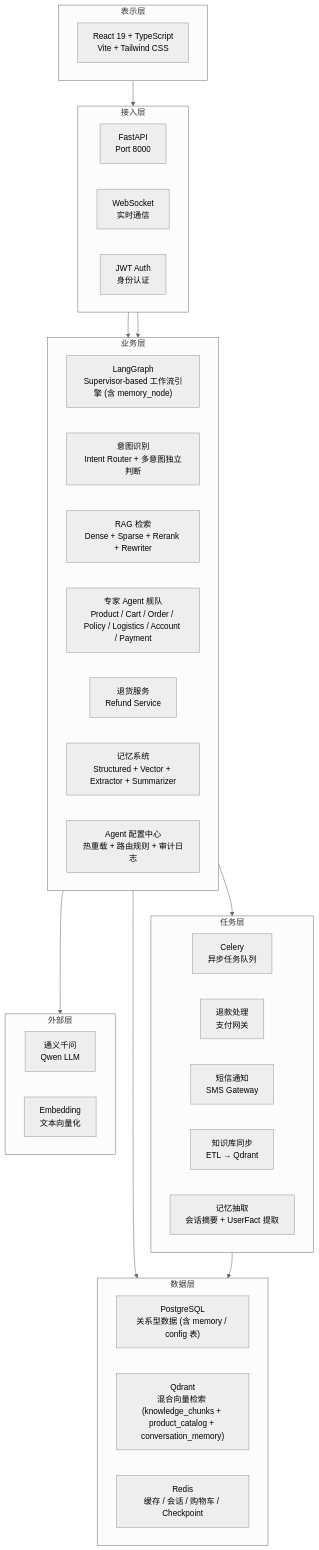
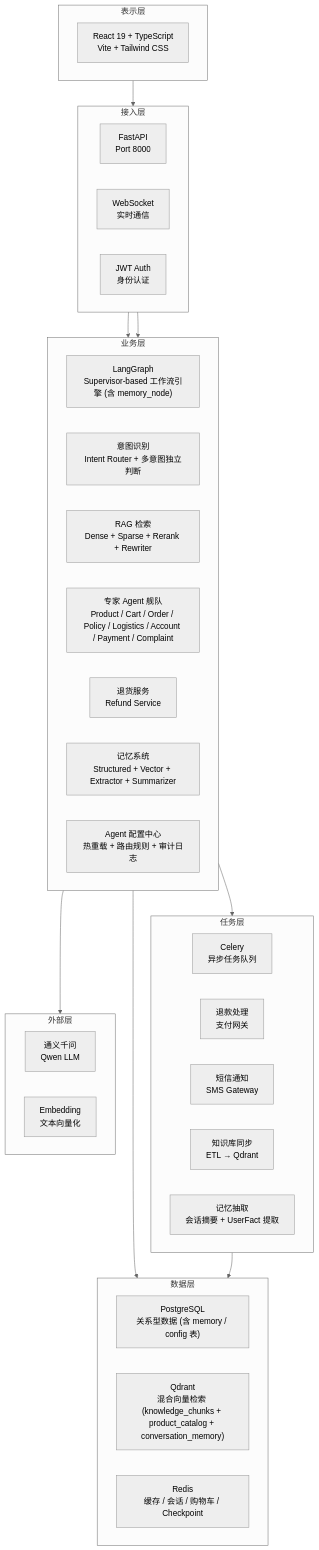
Diagram 13 of 14 in architecture.md (Mr-ZeLong/E-commerce-Smart-Agent), drawn with Mermaid (neutral theme) before and after one commit. The commit also changed other lines of this file and 7 other files, not shown here.

First line of the commit message:
docs: align README, architecture, and env docs with actual codebase

````diff
--- a/architecture.md
+++ b/architecture.md
@@ -794,49 +901,49 @@
 ```mermaid
 flowchart TB
     subgraph Layer1["表示层"]
         F1["React 19 + TypeScript<br/>Vite + Tailwind CSS"]
     end
 
     subgraph Layer2["接入层"]
         A1["FastAPI<br/>Port 8000"]
         A2["WebSocket<br/>实时通信"]
         A3["JWT Auth<br/>身份认证"]
     end
 
     subgraph Layer3["业务层"]
         B1["LangGraph\nSupervisor-based 工作流引擎 (含 memory_node)"]
         B2["意图识别\nIntent Router + 多意图独立判断"]
         B3["RAG 检索\nDense + Sparse + Rerank + Rewriter"]
-        B4["专家 Agent 舰队\nProduct / Cart / Order / Policy / Logistics / Account / Payment"]
+        B4["专家 Agent 舰队\nProduct / Cart / Order / Policy / Logistics / Account / Payment / Complaint"]
         B5["退货服务\nRefund Service"]
         B6["记忆系统\nStructured + Vector + Extractor + Summarizer"]
         B7["Agent 配置中心\n热重载 + 路由规则 + 审计日志"]
     end
 
     subgraph Layer4["任务层"]
         T1["Celery\n异步任务队列"]
         T2["退款处理\n支付网关"]
         T3["短信通知\nSMS Gateway"]
         T4["知识库同步\nETL → Qdrant"]
         T5["记忆抽取\n会话摘要 + UserFact 提取"]
     end
 
     subgraph Layer5["数据层"]
         D1["PostgreSQL\n关系型数据 (含 memory / config 表)"]
         D2["Qdrant\n混合向量检索 (knowledge_chunks + product_catalog + conversation_memory)"]
         D3["Redis\n缓存 / 会话 / 购物车 / Checkpoint"]
     end
 
     subgraph Layer6["外部层"]
         E1["通义千问<br/>Qwen LLM"]
         E2["Embedding<br/>文本向量化"]
     end
 
     Layer1 --> Layer2
     Layer2 --> Layer3
     Layer3 --> Layer4
     Layer3 --> Layer5
     Layer4 --> Layer5
     Layer3 --> Layer6
     Layer2 --> Layer3
 ```
````
